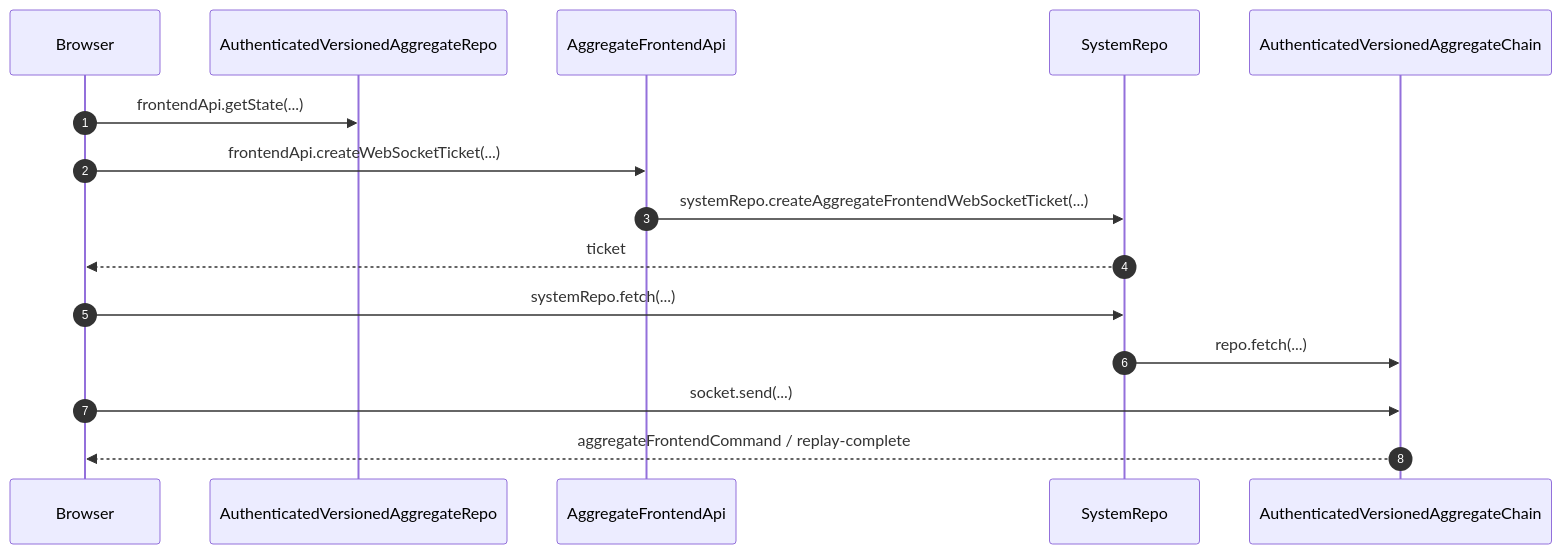
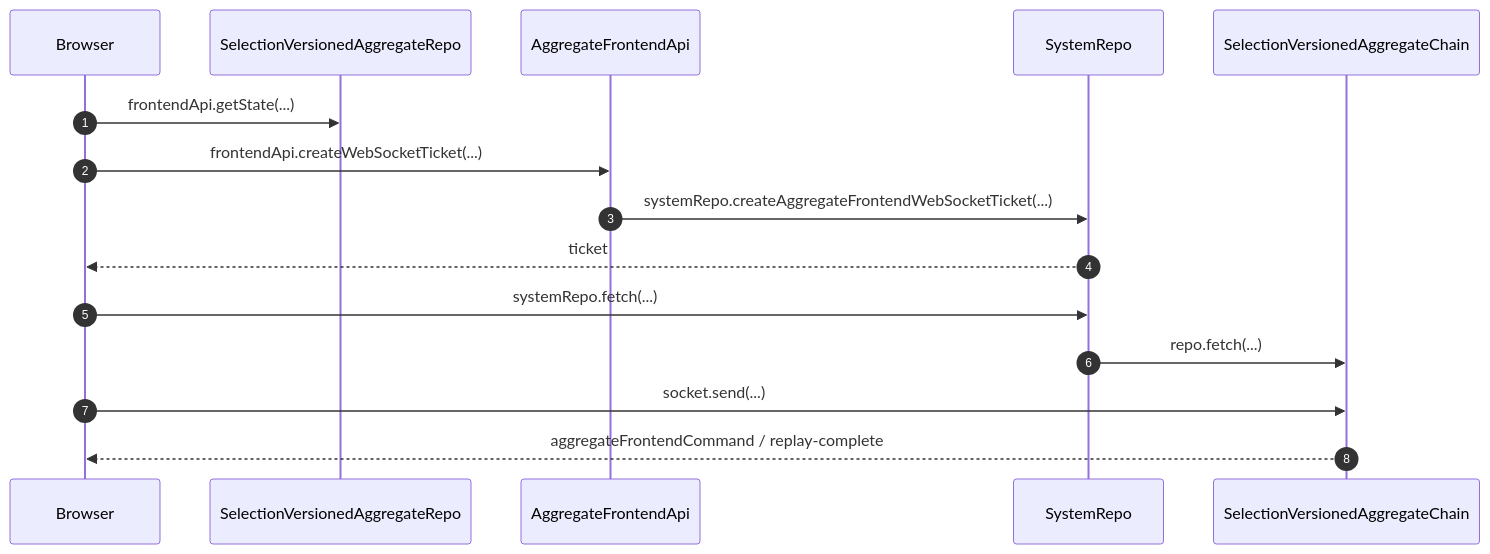
Before and after one commit to morgs32/qrk.sh: the diagram in wiki/architecture/browser/FrontendWebSocket.md, drawn with Mermaid. The commit also changed other lines of this file and 148 other files, not shown here.

````diff
--- a/wiki/architecture/browser/FrontendWebSocket.md
+++ b/wiki/architecture/browser/FrontendWebSocket.md
@@ -15,24 +15,24 @@
 ```mermaid
 sequenceDiagram
   participant Browser
-  participant AuthenticatedVersionedAggregateRepo
+  participant SelectionVersionedAggregateRepo
   participant AggregateFrontendApi
   participant SystemRepo
-  participant AuthenticatedVersionedAggregateChain
+  participant SelectionVersionedAggregateChain
   autonumber 1
-  Browser->>AuthenticatedVersionedAggregateRepo: frontendApi.getState(...)
+  Browser->>SelectionVersionedAggregateRepo: frontendApi.getState(...)
   autonumber 2
   Browser->>AggregateFrontendApi: frontendApi.createWebSocketTicket(...)
   autonumber 3
   AggregateFrontendApi->>SystemRepo: systemRepo.createAggregateFrontendWebSocketTicket(...)
   autonumber 4
   SystemRepo-->>Browser: ticket
   autonumber 5
   Browser->>SystemRepo: systemRepo.fetch(...)
   autonumber 6
-  SystemRepo->>AuthenticatedVersionedAggregateChain: repo.fetch(...)
+  SystemRepo->>SelectionVersionedAggregateChain: repo.fetch(...)
   autonumber 7
-  Browser->>AuthenticatedVersionedAggregateChain: socket.send(...)
+  Browser->>SelectionVersionedAggregateChain: socket.send(...)
   autonumber 8
-  AuthenticatedVersionedAggregateChain-->>Browser: aggregateFrontendCommand / replay-complete
+  SelectionVersionedAggregateChain-->>Browser: aggregateFrontendCommand / replay-complete
 ```
````
